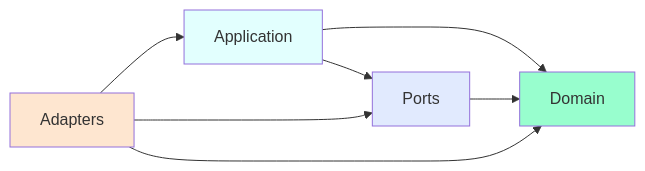
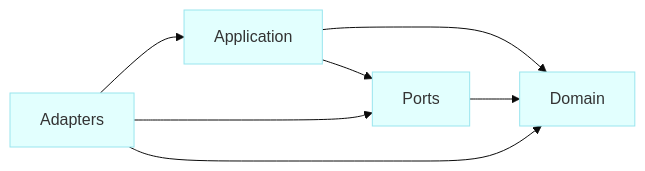
One commit to stricture-dev/stricture changed the diagram in examples/simple-hexagonal/SPEC.md. Above: the diagram before and after it, drawn with Mermaid. The commit also changed 4 other files, not shown here.

First line of the commit message:
docs: simplify Mermaid diagrams using theme configuration

````diff
--- a/examples/simple-hexagonal/SPEC.md
+++ b/examples/simple-hexagonal/SPEC.md
@@ -443,14 +443,10 @@
 ```mermaid
+%%{init: {'theme':'base', 'themeVariables': { 'primaryColor':'#e2fffe','primaryBorderColor':'#99e5ee','secondaryColor':'#fef7fe','secondaryBorderColor':'#e5d5e5','tertiaryColor':'#feff9a','tertiaryBorderColor':'#d5d580'}}}%%
 graph LR
     Adapters --> Application
     Adapters --> Ports
     Adapters --> Domain
     Application --> Domain
     Application --> Ports
     Ports --> Domain
-
-    style Domain fill:#98fece
-    style Ports fill:#e1eafe
-    style Application fill:#e2fffe
-    style Adapters fill:#fee6d0
 ```
````
